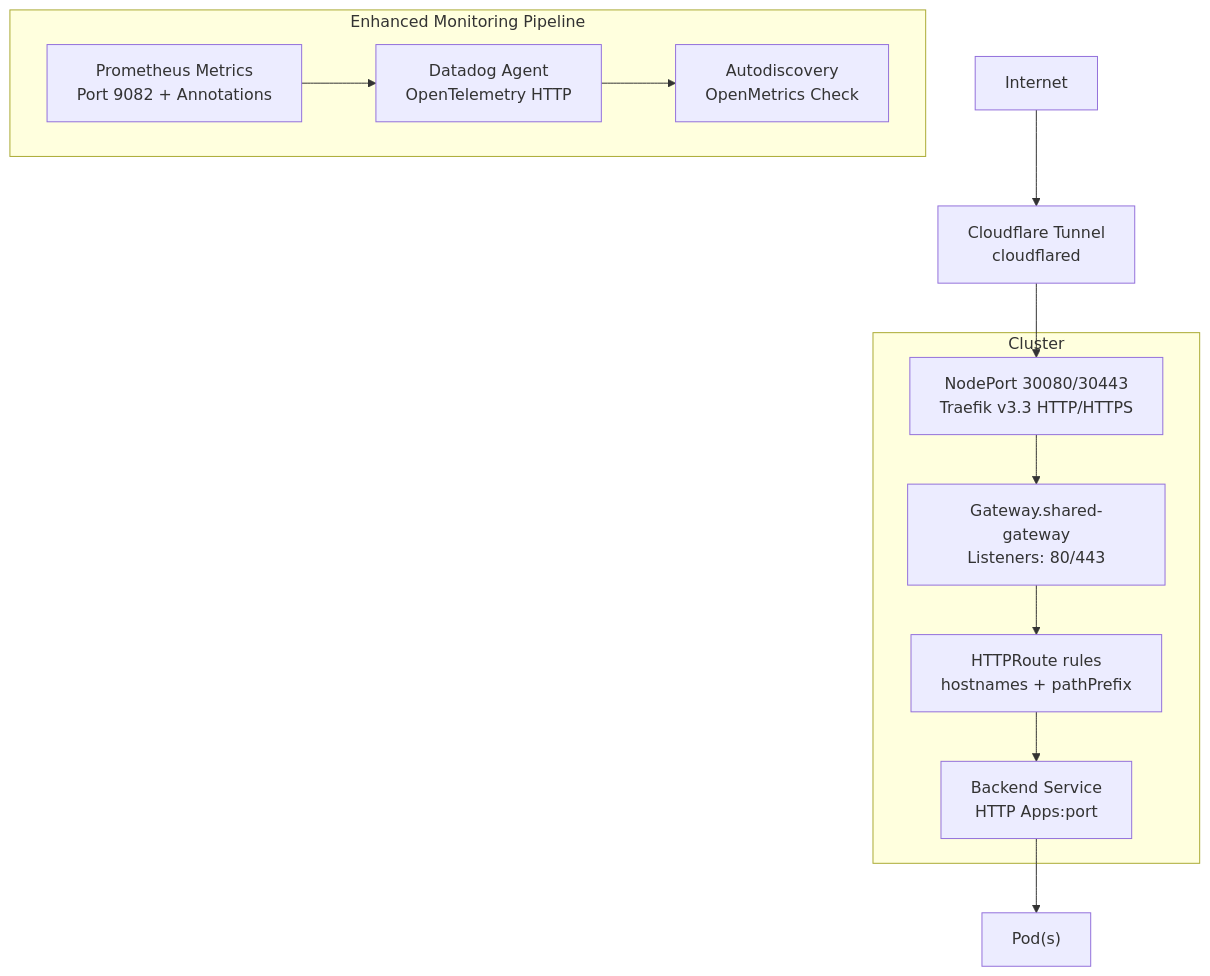
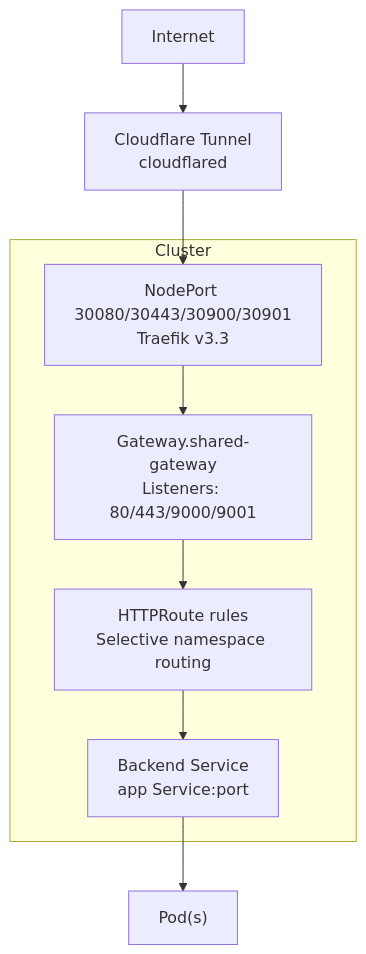
One commit to Hoangvu75/k8s_manifest changed the second of 6 diagrams in .qoder/repowiki/en/content/Infrastructure Applications/Gateway API Controller.md. Above: the diagram before and after it, drawn with Mermaid. The commit also changed other lines of this file and 31 other files, not shown here.

````diff
--- a/.qoder/repowiki/en/content/Infrastructure Applications/Gateway API Controller.md
+++ b/.qoder/repowiki/en/content/Infrastructure Applications/Gateway API Controller.md
@@ -172,22 +110,15 @@
 ```mermaid
 graph TB
 INT["Internet"] --> CF["Cloudflare Tunnel<br/>cloudflared"]
-CF --> NP["NodePort 30080/30443<br/>Traefik v3.3 HTTP/HTTPS"]
-NP --> GW["Gateway.shared-gateway<br/>Listeners: 80/443"]
-GW --> HTTP_ROUTE["HTTPRoute rules<br/>hostnames + pathPrefix"]
-HTTP_ROUTE --> SVC_HTTP["Backend Service<br/>HTTP Apps:port"]
-SVC_HTTP --> POD_HTTP["Pod(s)"]
-subgraph "Enhanced Monitoring Pipeline"
-MON_PROM["Prometheus Metrics<br/>Port 9082 + Annotations"]
-MON_DD["Datadog Agent<br/>OpenTelemetry HTTP"]
-MON_AUTO["Autodiscovery<br/>OpenMetrics Check"]
-MON_PROM --> MON_DD
-MON_DD --> MON_AUTO
-end
+CF --> NP["NodePort 30080/30443/30900/30901<br/>Traefik v3.3"]
+NP --> GW["Gateway.shared-gateway<br/>Listeners: 80/443/9000/9001"]
+GW --> HR["HTTPRoute rules<br/>Selective namespace routing"]
+HR --> SVC["Backend Service<br/>app Service:port"]
+SVC --> POD["Pod(s)"]
 subgraph "Cluster"
 NP
 GW
-HTTP_ROUTE
-SVC_HTTP
+HR
+SVC
 end
 ```
````
